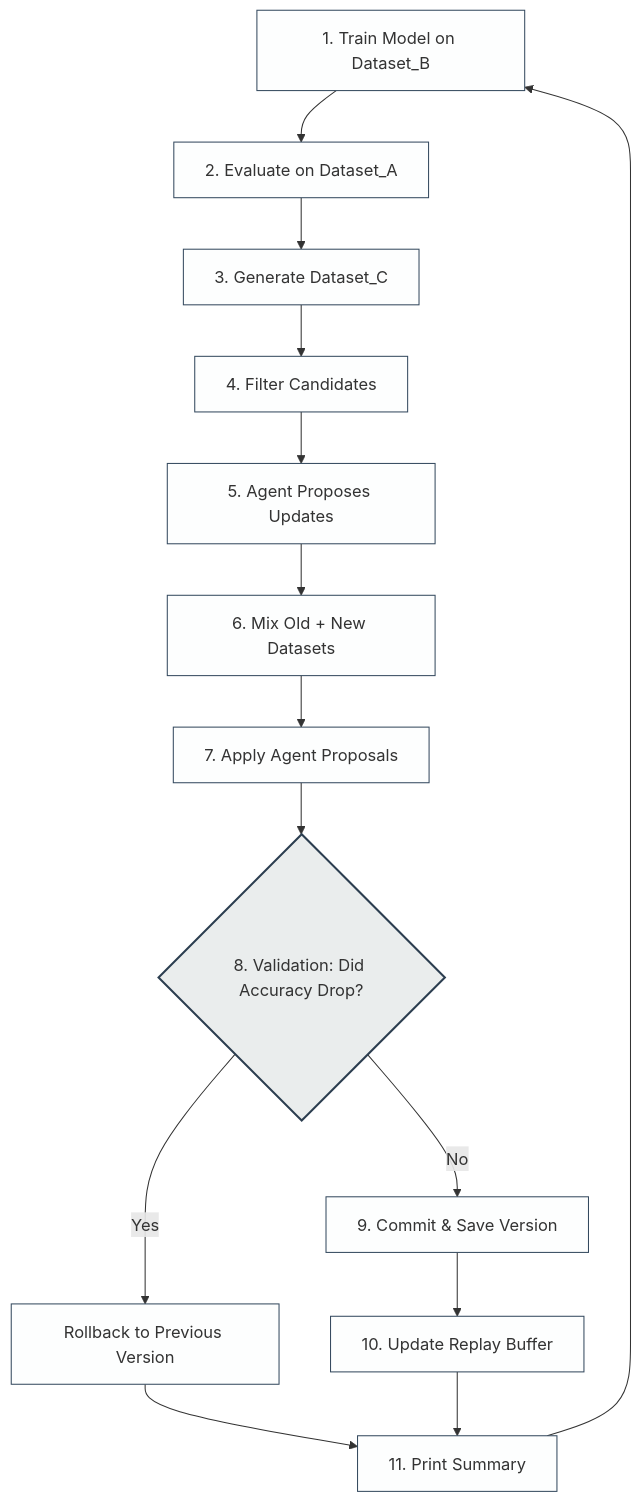
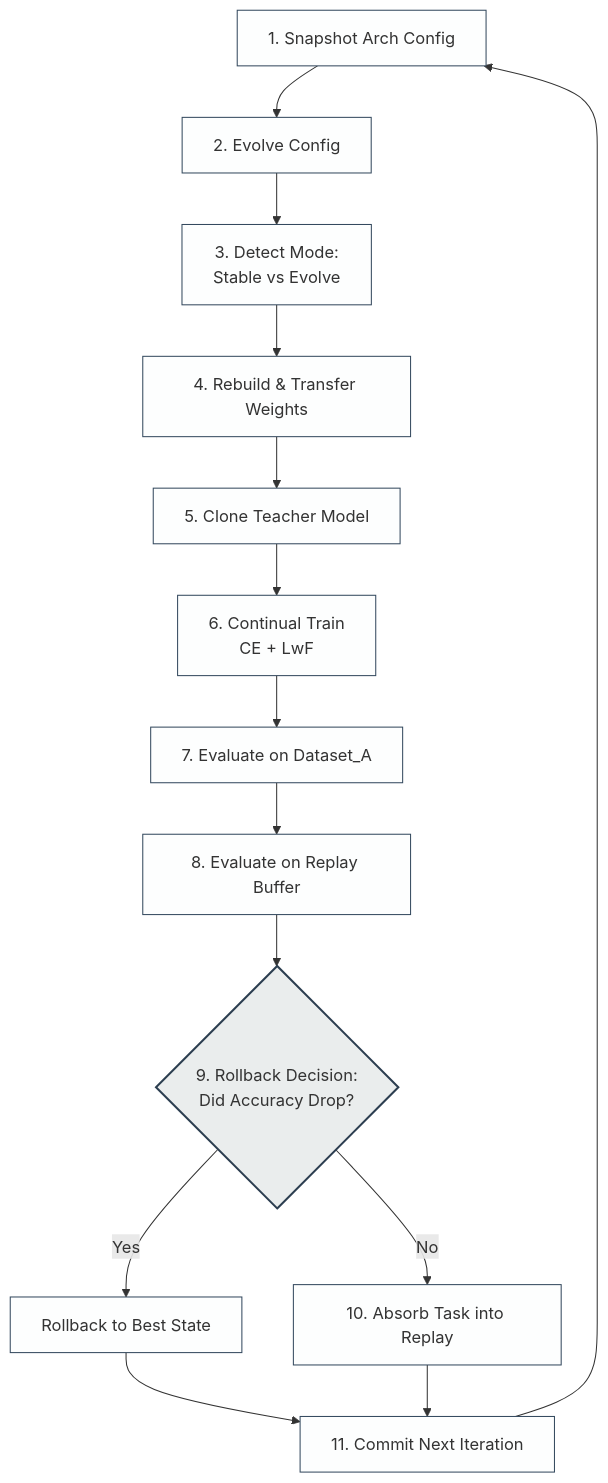
The second of 2 diagrams in Dataset-Evolve/README.md (MaheshChalla2701/Operation-Evolve), drawn with Mermaid before and after one commit. The commit also changed other lines of this file and 7 other files, not shown here.

````diff
--- a/Dataset-Evolve/README.md
+++ b/Dataset-Evolve/README.md
@@ -64,19 +55,19 @@
 ```mermaid
 flowchart TD
     classDef step fill:#fdfefe,stroke:#34495e,stroke-width:1px;
     classDef decision fill:#eaeded,stroke:#2c3e50,stroke-width:2px;
 
-    S1[1. Train Model on Dataset_B]:::step --> S2[2. Evaluate on Dataset_A]:::step
-    S2 --> S3[3. Generate Dataset_C]:::step
-    S3 --> S4[4. Filter Candidates]:::step
-    S4 --> S5[5. Agent Proposes Updates]:::step
-    S5 --> S6[6. Mix Old + New Datasets]:::step
-    S6 --> S7[7. Apply Agent Proposals]:::step
-    S7 --> D8{8. Validation: Did Accuracy Drop?}:::decision
-    D8 -- Yes --> R[Rollback to Previous Version]:::step
-    D8 -- No --> S9[9. Commit & Save Version]:::step
-    S9 --> S10[10. Update Replay Buffer]:::step
-    R --> S11[11. Print Summary]:::step
+    S1[1. Snapshot Arch Config]:::step --> S2[2. Evolve Config]:::step
+    S2 --> S3[3. Detect Mode:\nStable vs Evolve]:::step
+    S3 --> S4[4. Rebuild & Transfer Weights]:::step
+    S4 --> S5[5. Clone Teacher Model]:::step
+    S5 --> S6[6. Continual Train\nCE + LwF]:::step
+    S6 --> S7[7. Evaluate on Dataset_A]:::step
+    S7 --> S8[8. Evaluate on Replay Buffer]:::step
+    S8 --> D9{9. Rollback Decision:\nDid Accuracy Drop?}:::decision
+    D9 -- Yes --> R[Rollback to Best State]:::step
+    D9 -- No --> S10[10. Absorb Task into Replay]:::step
+    R --> S11[11. Commit Next Iteration]:::step
     S10 --> S11
     S11 --> S1
 ```
````
